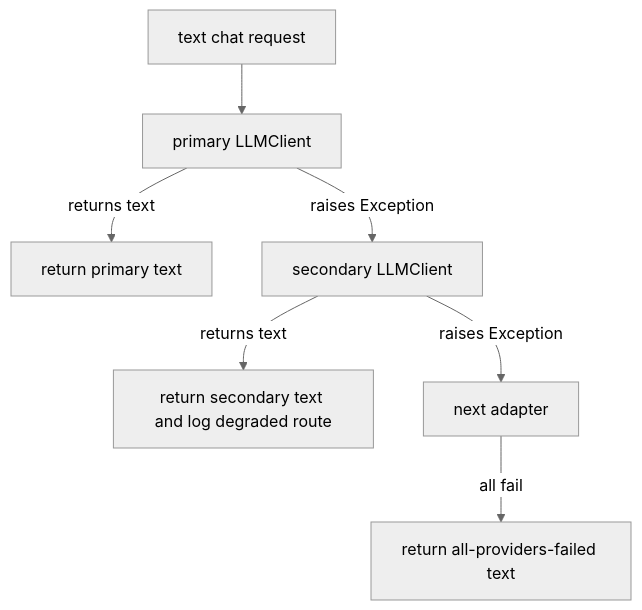
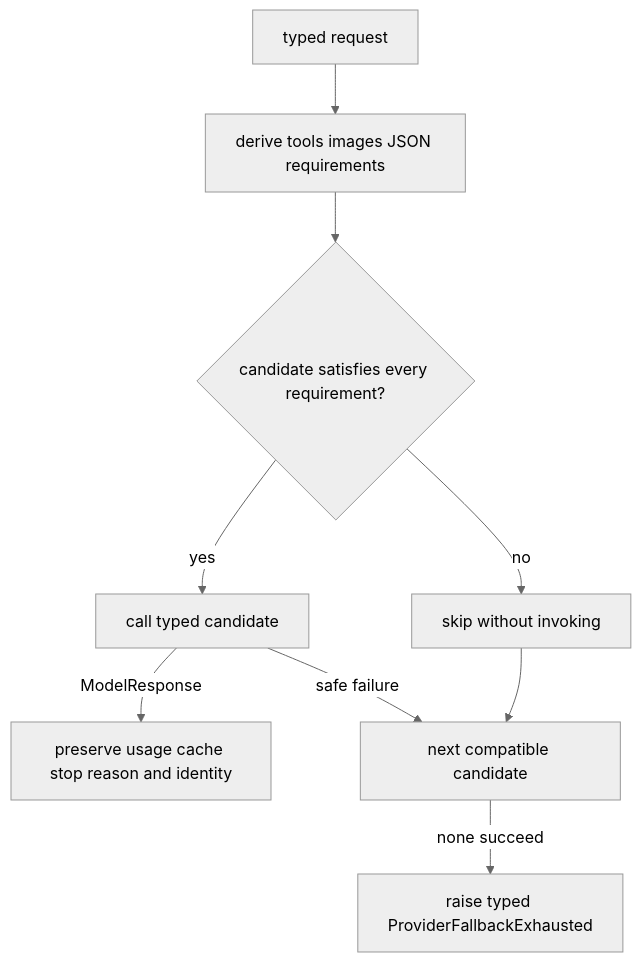
Before and after one commit to levalencia/archon: the first of 2 diagrams in docs/course/concepts/fallback.md, drawn with Mermaid (neutral theme). The commit also changed other lines of this file and 2 other files, not shown here.

Commit message:
fix: preserve fallback sampling semantics

````diff
--- a/docs/course/concepts/fallback.md
+++ b/docs/course/concepts/fallback.md
@@ -23,9 +22,11 @@
 ```mermaid
 flowchart TD
-  R[text chat request] --> P[primary LLMClient]
-  P -->|returns text| O[return primary text]
-  P -->|raises Exception| S[secondary LLMClient]
-  S -->|returns text| D[return secondary text and log degraded route]
-  S -->|raises Exception| N[next adapter]
-  N -->|all fail| E[return all-providers-failed text]
+  R[typed request] --> Q[derive tools images JSON requirements]
+  Q --> P{candidate satisfies every requirement?}
+  P -->|no| S[skip without invoking]
+  P -->|yes| C[call typed candidate]
+  C -->|ModelResponse| O[preserve usage cache stop reason and identity]
+  C -->|safe failure| N[next compatible candidate]
+  N -->|none succeed| E[raise typed ProviderFallbackExhausted]
+  S --> N
 ```
````
